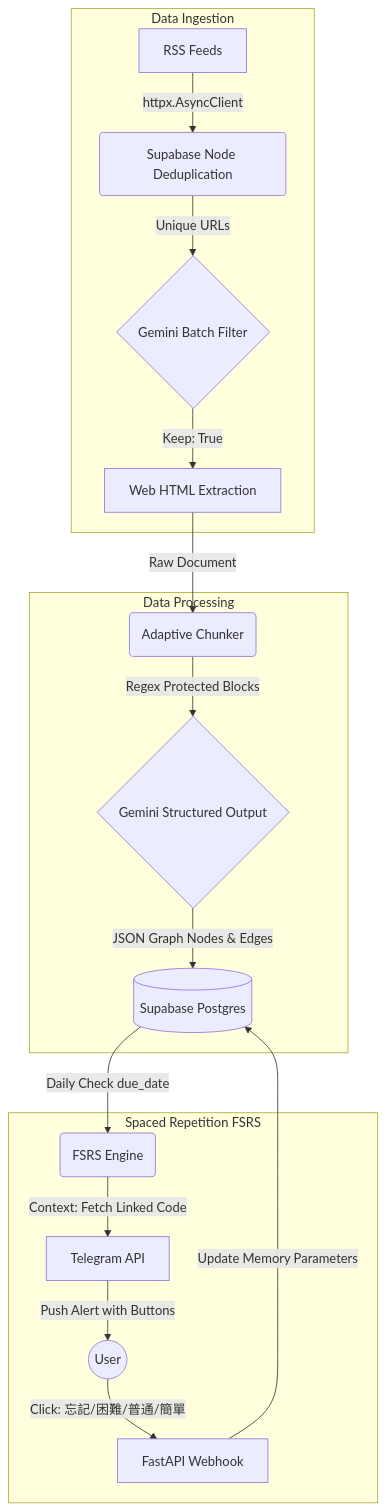
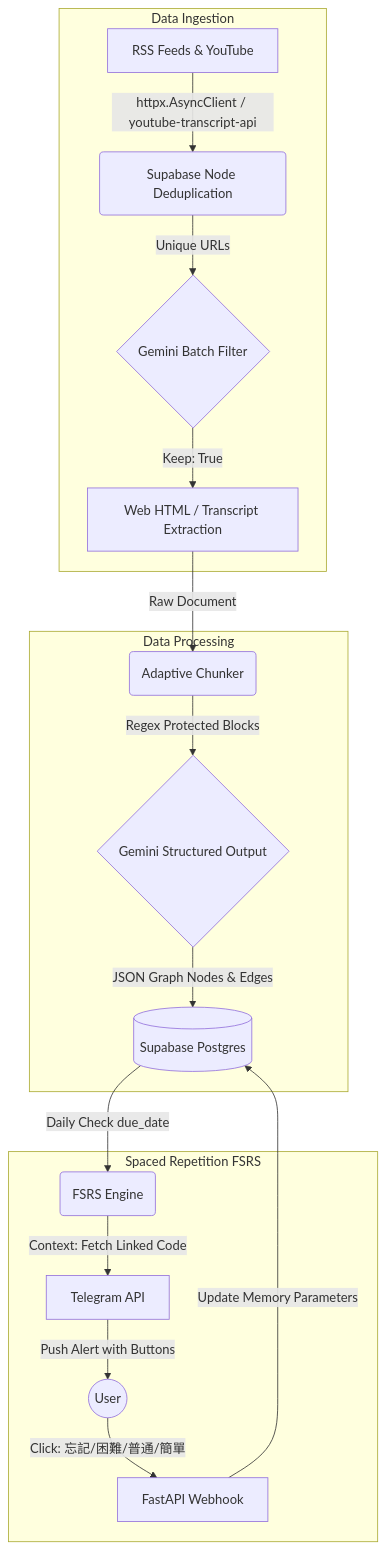
Before and after one commit to q99taro/knowfetch: the diagram in README.md, drawn with Mermaid. The commit also changed other lines of this file, not shown here.

Commit message:
更新 README.md，新增 YouTube 技術頻道至自動巡邏與挑選流程，並更新數據流圖與技術棧以包含 youtube-transcript-api

````diff
--- a/README.md
+++ b/README.md
@@ -46,20 +46,20 @@
 ```mermaid
 graph TD
     subgraph Data_Ingestion [Data Ingestion]
-        A[RSS Feeds] -->|httpx.AsyncClient| B(Supabase Node Deduplication)
+        A[RSS Feeds & YouTube] -->|httpx.AsyncClient / youtube-transcript-api| B(Supabase Node Deduplication)
         B -->|Unique URLs| C{Gemini Batch Filter}
-        C -->|Keep: True| D[Web HTML Extraction]
+        C -->|Keep: True| D[Web HTML / Transcript Extraction]
     end
     subgraph Data_Processing [Data Processing]
         D -->|Raw Document| E(Adaptive Chunker)
         E -->|Regex Protected Blocks| F{Gemini Structured Output}
         F -->|JSON Graph Nodes & Edges| G[(Supabase Postgres)]
     end
     subgraph Spaced_Repetition [Spaced Repetition FSRS]
         G -->|Daily Check due_date| H(FSRS Engine)
         H -->|Context: Fetch Linked Code| I[Telegram API]
         I -->|Push Alert with Buttons| J((User))
         J -->|Click: 忘記/困難/普通/簡單| K[FastAPI Webhook]
         K -->|Update Memory Parameters| G
     end
 ```
````
